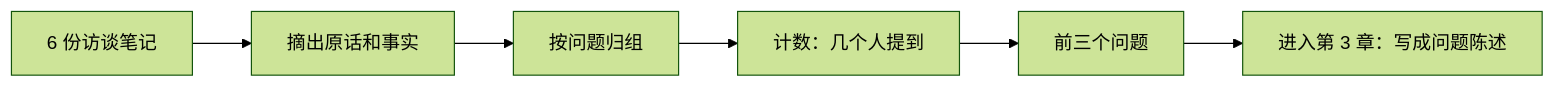
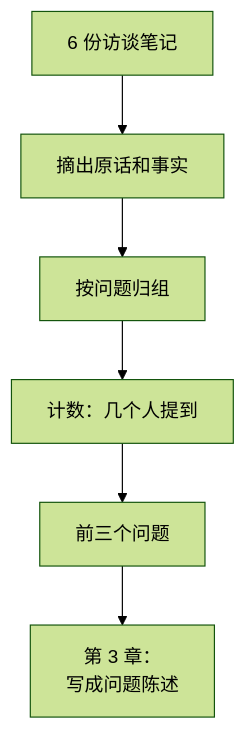
Before and after one commit to jarvis-pro/hatch-shelf: the second of 2 diagrams in books/product-thinking/02-user-interviews.md, drawn with Mermaid (forest theme). The commit also changed other lines of this file and 432 other files, not shown here.

````diff
--- a/books/product-thinking/02-user-interviews.md
+++ b/books/product-thinking/02-user-interviews.md
@@ -239,8 +239,8 @@
 ```mermaid
-flowchart LR
+flowchart TD
   A["6 份访谈笔记"] --> B["摘出原话和事实"]
   B --> C["按问题归组"]
   C --> D["计数：几个人提到"]
   D --> E["前三个问题"]
-  E --> F["进入第 3 章：写成问题陈述"]
+  E --> F["第 3 章：<br/>写成问题陈述"]
 ```
````
